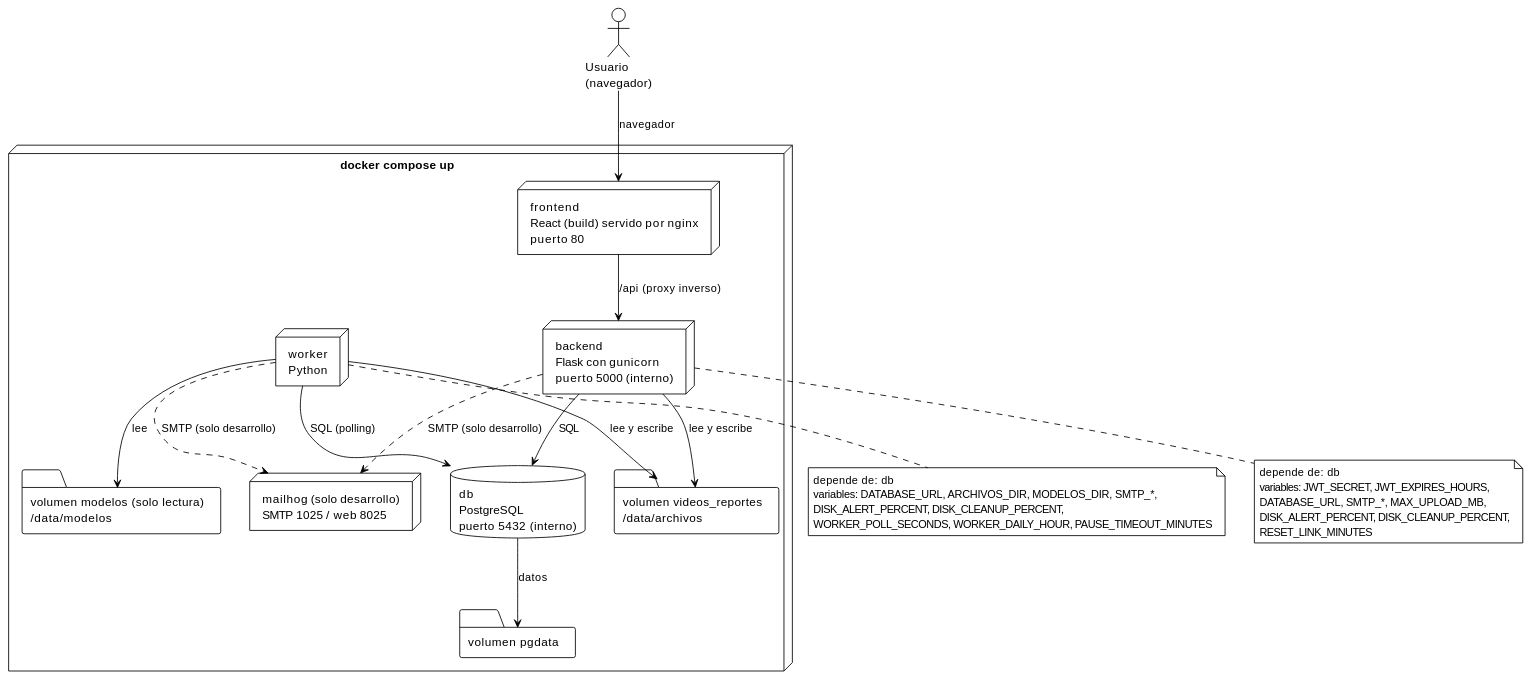
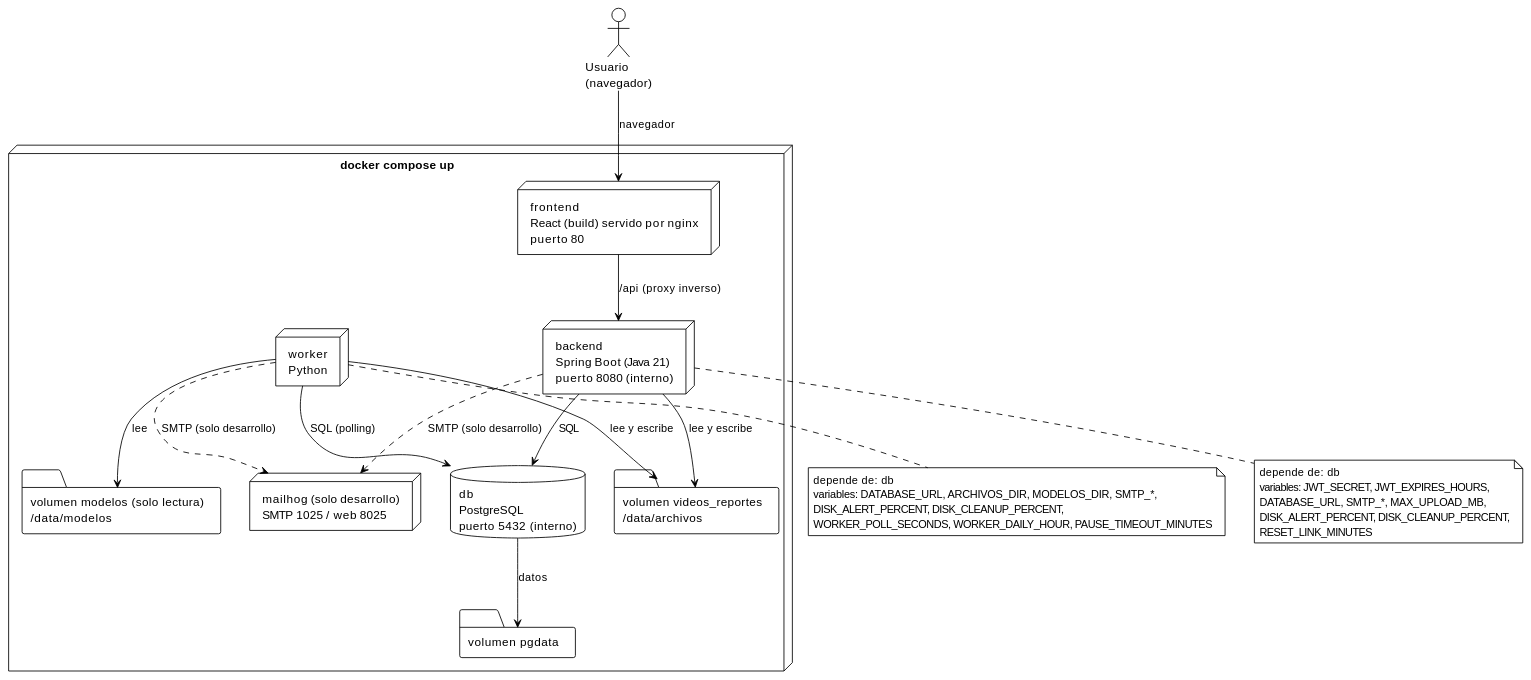
One commit to ErickJester/fst-ai-system-latex changed the tenth of 39 diagrams in INSTRUCCIONES-WEB.md. Above: the diagram before and after it, drawn with PlantUML. The commit also changed other lines of this file and 4 other files, not shown here.

First line of the commit message:
Propagar el backend en Spring Boot (D-105) a INSTRUCCIONES-WEB.md y a los diagramas de guia_web

````diff
--- a/INSTRUCCIONES-WEB.md
+++ b/INSTRUCCIONES-WEB.md
@@ -1485,47 +1485,47 @@
 ```plantuml
 @startuml contenedores_docker
 !theme plain
 skinparam defaultFontName Arial
 skinparam shadowing false
 skinparam BackgroundColor White
 
 actor "Usuario\n(navegador)" as U
 
 node "docker compose up" {
   node "frontend\nReact (build) servido por nginx\npuerto 80" as fe
-  node "backend\nFlask con gunicorn\npuerto 5000 (interno)" as be
+  node "backend\nSpring Boot (Java 21)\npuerto 8080 (interno)" as be
   node "worker\nPython" as wk
   database "db\nPostgreSQL\npuerto 5432 (interno)" as db
   node "mailhog (solo desarrollo)\nSMTP 1025 / web 8025" as ml
   folder "volumen videos_reportes\n/data/archivos" as vf
   folder "volumen modelos (solo lectura)\n/data/modelos" as vm
   folder "volumen pgdata" as vp
 }
 
 U --> fe : navegador
 fe --> be : /api  (proxy inverso)
 be --> db : SQL
 wk --> db : SQL (polling)
 be --> vf : lee y escribe
 wk --> vf : lee y escribe
 wk --> vm : lee
 db --> vp : datos
 be ..> ml : SMTP (solo desarrollo)
 wk ..> ml : SMTP (solo desarrollo)
 
 note bottom of be
   depende de: db
   variables: JWT_SECRET, JWT_EXPIRES_HOURS,
   DATABASE_URL, SMTP_*, MAX_UPLOAD_MB,
   DISK_ALERT_PERCENT, DISK_CLEANUP_PERCENT,
   RESET_LINK_MINUTES
 end note
 
 note bottom of wk
   depende de: db
   variables: DATABASE_URL, ARCHIVOS_DIR, MODELOS_DIR, SMTP_*,
   DISK_ALERT_PERCENT, DISK_CLEANUP_PERCENT,
   WORKER_POLL_SECONDS, WORKER_DAILY_HOUR, PAUSE_TIMEOUT_MINUTES
 end note
 @enduml
 ```
````
